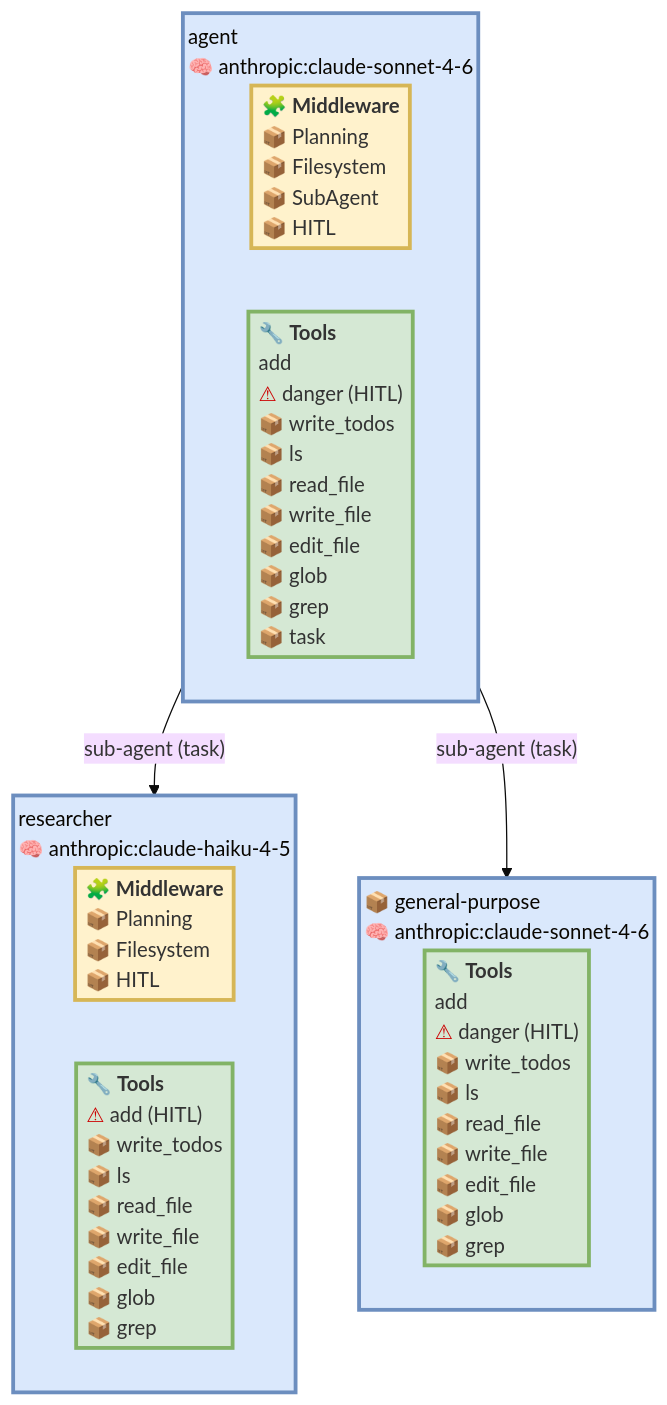
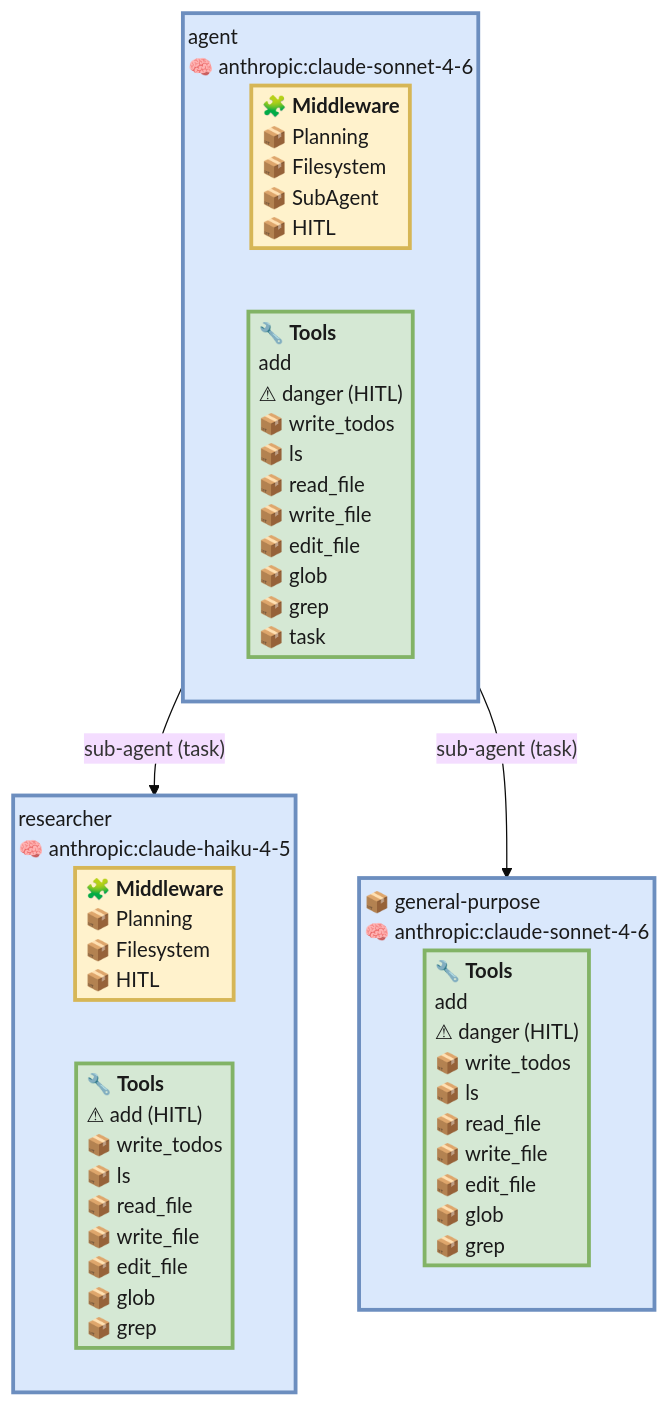
One commit to rvernica/deepagents-viz changed the first of 3 diagrams in examples.md. Above: the diagram before and after it, drawn with Mermaid (base theme). The commit also changed other lines of this file and 3 other files, not shown here.

First line of the commit message:
Fix GitHub dark-mode diagram legibility; refresh README and examples (#5)

````diff
--- a/examples.md
+++ b/examples.md
@@ -132,22 +132,22 @@
 ```mermaid
 %%{init: {'flowchart': {'subGraphTitleMargin': {'top': 6, 'bottom': 16}, 'padding': 4}}}%%
 graph TD
-  classDef mwBox fill:#fff2cc,stroke:#d6b656,stroke-width:3px;
-  classDef toolBox fill:#d5e8d4,stroke:#82b366,stroke-width:3px;
+  classDef mwBox fill:#fff2cc,stroke:#d6b656,stroke-width:3px,color:#1a1a1a;
+  classDef toolBox fill:#d5e8d4,stroke:#82b366,stroke-width:3px,color:#1a1a1a;
   subgraph agent["agent<br/>🧠 anthropic:claude-sonnet-4-6"]
     agent_mw["<div style='text-align:left'>🧩 <b>Middleware</b><br/>📦 Planning<br/>📦 Filesystem<br/>📦 SubAgent<br/>📦 HITL</div>"]:::mwBox
     agent_t["<div style='text-align:left'>🔧 <b>Tools</b><br/>add<br/><span style='color:#c00'>⚠</span> danger (HITL)<br/>📦 write_todos<br/>📦 ls<br/>📦 read_file<br/>📦 write_file<br/>📦 edit_file<br/>📦 glob<br/>📦 grep<br/>📦 task</div>"]:::toolBox
   end
   agent -->|"sub-agent (task)"| researcher
   subgraph researcher["researcher<br/>🧠 anthropic:claude-haiku-4-5"]
     researcher_mw["<div style='text-align:left'>🧩 <b>Middleware</b><br/>📦 Planning<br/>📦 Filesystem<br/>📦 HITL</div>"]:::mwBox
     researcher_t["<div style='text-align:left'>🔧 <b>Tools</b><br/><span style='color:#c00'>⚠</span> add (HITL)<br/>📦 write_todos<br/>📦 ls<br/>📦 read_file<br/>📦 write_file<br/>📦 edit_file<br/>📦 glob<br/>📦 grep</div>"]:::toolBox
   end
   agent -->|"sub-agent (task)"| general_purpose
   subgraph general_purpose["📦 general-purpose<br/>🧠 anthropic:claude-sonnet-4-6"]
     general_purpose_t["<div style='text-align:left'>🔧 <b>Tools</b><br/>add<br/><span style='color:#c00'>⚠</span> danger (HITL)<br/>📦 write_todos<br/>📦 ls<br/>📦 read_file<br/>📦 write_file<br/>📦 edit_file<br/>📦 glob<br/>📦 grep</div>"]:::toolBox
   end
-  style agent fill:#dae8fc,stroke:#6c8ebf,stroke-width:3px;
-  style researcher fill:#dae8fc,stroke:#6c8ebf,stroke-width:3px;
-  style general_purpose fill:#dae8fc,stroke:#6c8ebf,stroke-width:3px;
+  style agent fill:#dae8fc,stroke:#6c8ebf,stroke-width:3px,color:#1a1a1a;
+  style researcher fill:#dae8fc,stroke:#6c8ebf,stroke-width:3px,color:#1a1a1a;
+  style general_purpose fill:#dae8fc,stroke:#6c8ebf,stroke-width:3px,color:#1a1a1a;
 ```
````
